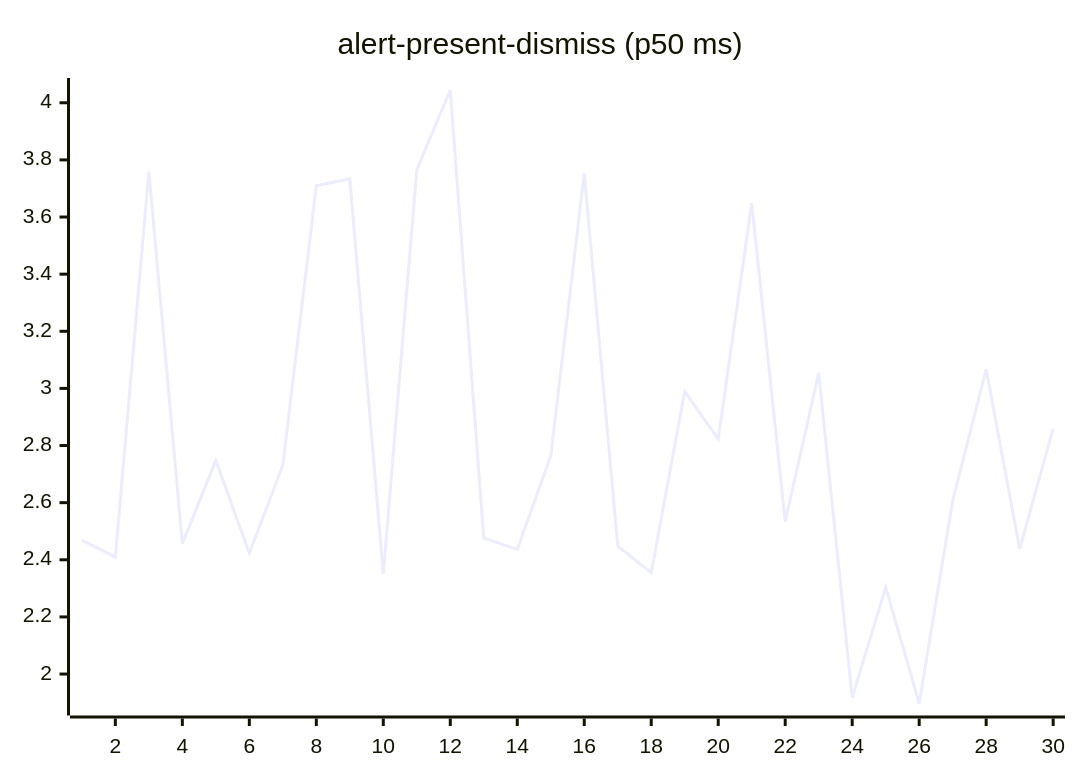
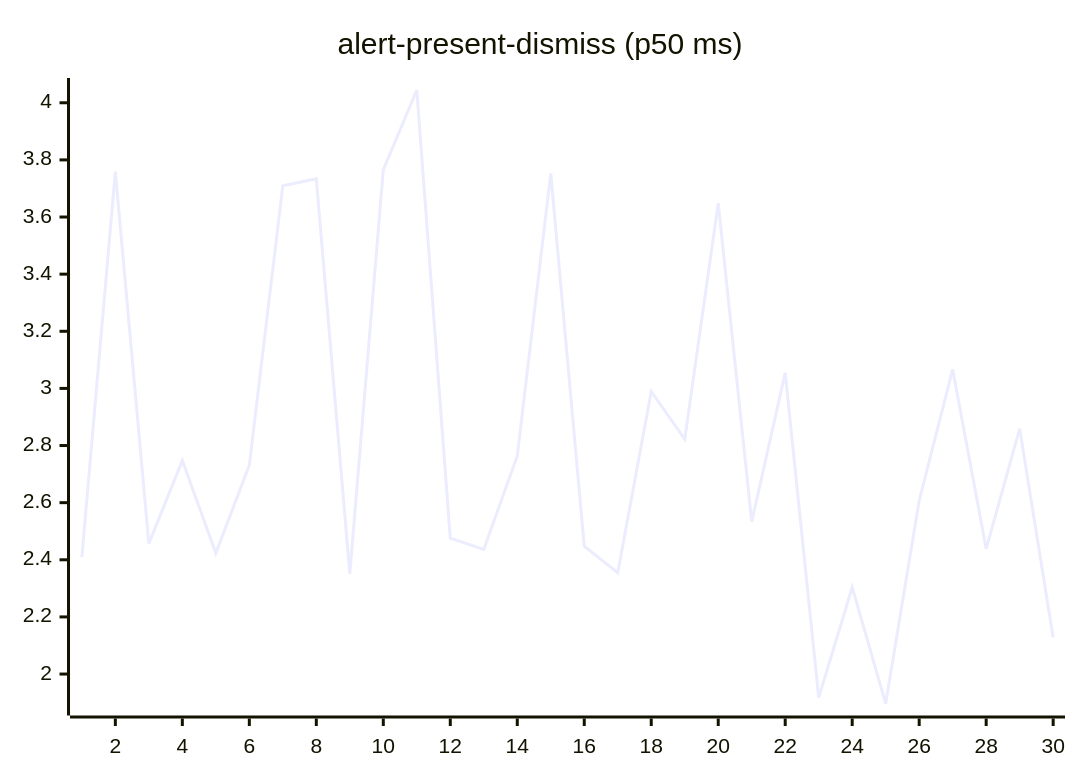
The second of 27 diagrams in README.md (josha/Facet), drawn with Mermaid before and after one commit. The commit also changed other lines of this file and 2 other files, not shown here.

````diff
--- a/README.md
+++ b/README.md
@@ -70,6 +70,6 @@
 ```mermaid
 xychart-beta
     title "alert-present-dismiss (p50 ms)"
     x-axis 1 --> 30
-    line [2.4688, 2.4093, 3.7592, 2.4564, 2.7475, 2.4232, 2.7312, 3.7096, 3.7340, 2.3506, 3.7650, 4.0447, 2.4759, 2.4363, 2.7635, 3.7527, 2.4474, 2.3546, 2.9892, 2.8222, 3.6482, 2.5337, 3.0542, 1.9177, 2.3034, 1.8969, 2.6071, 3.0667, 2.4384, 2.8591]
+    line [2.4093, 3.7592, 2.4564, 2.7475, 2.4232, 2.7312, 3.7096, 3.7340, 2.3506, 3.7650, 4.0447, 2.4759, 2.4363, 2.7635, 3.7527, 2.4474, 2.3546, 2.9892, 2.8222, 3.6482, 2.5337, 3.0542, 1.9177, 2.3034, 1.8969, 2.6071, 3.0667, 2.4384, 2.8591, 2.1282]
 ```
````
